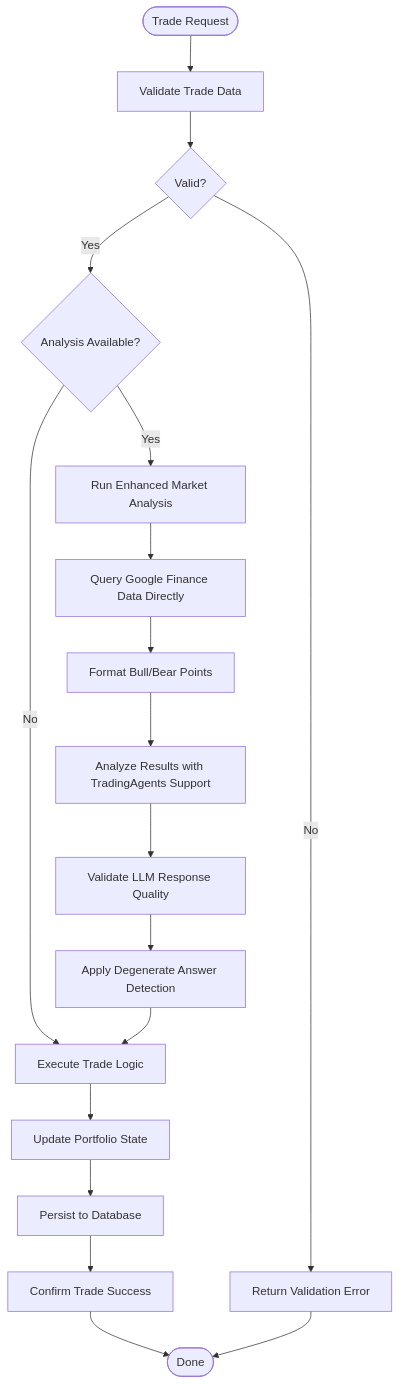
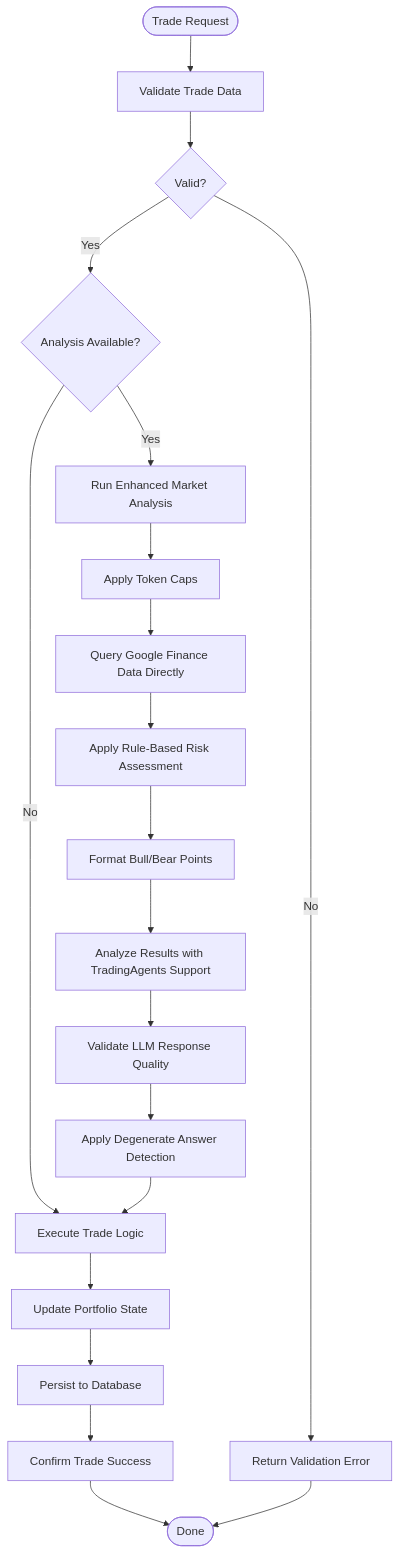
Before and after one commit to ZengSeng/telegram-bot: the seventh of 13 diagrams in .qoder/repowiki/en/content/Core Components/Analysis Framework.md, drawn with Mermaid. The commit also changed other lines of this file and 8 other files, not shown here.

````diff
--- a/.qoder/repowiki/en/content/Core Components/Analysis Framework.md
+++ b/.qoder/repowiki/en/content/Core Components/Analysis Framework.md
@@ -403,20 +424,22 @@
 ```mermaid
 flowchart TD
 Start(["Trade Request"]) --> Validate["Validate Trade Data"]
 Validate --> Valid{"Valid?"}
 Valid --> |No| Error["Return Validation Error"]
 Valid --> |Yes| CheckAnalysis{"Analysis Available?"}
 CheckAnalysis --> |Yes| RunAnalysis["Run Enhanced Market Analysis"]
 CheckAnalysis --> |No| Execute["Execute Trade Logic"]
-RunAnalysis --> DirectDBQuery["Query Google Finance Data Directly"]
-DirectDBQuery --> FormatSentiment["Format Bull/Bear Points"]
+RunAnalysis --> ApplyTokens["Apply Token Caps"]
+ApplyTokens --> DirectDBQuery["Query Google Finance Data Directly"]
+DirectDBQuery --> RuleBasedRisk["Apply Rule-Based Risk Assessment"]
+RuleBasedRisk --> FormatSentiment["Format Bull/Bear Points"]
 FormatSentiment --> AnalyzeResult["Analyze Results with TradingAgents Support"]
 AnalyzeResult --> ValidateLLM["Validate LLM Response Quality"]
 ValidateLLM --> RetryLogic["Apply Degenerate Answer Detection"]
 RetryLogic --> Execute["Execute Trade Logic"]
 Execute --> UpdatePortfolio["Update Portfolio State"]
 UpdatePortfolio --> Persist["Persist to Database"]
 Persist --> Confirm["Confirm Trade Success"]
 Confirm --> End(["Done"])
 Error --> End
 ```
````
